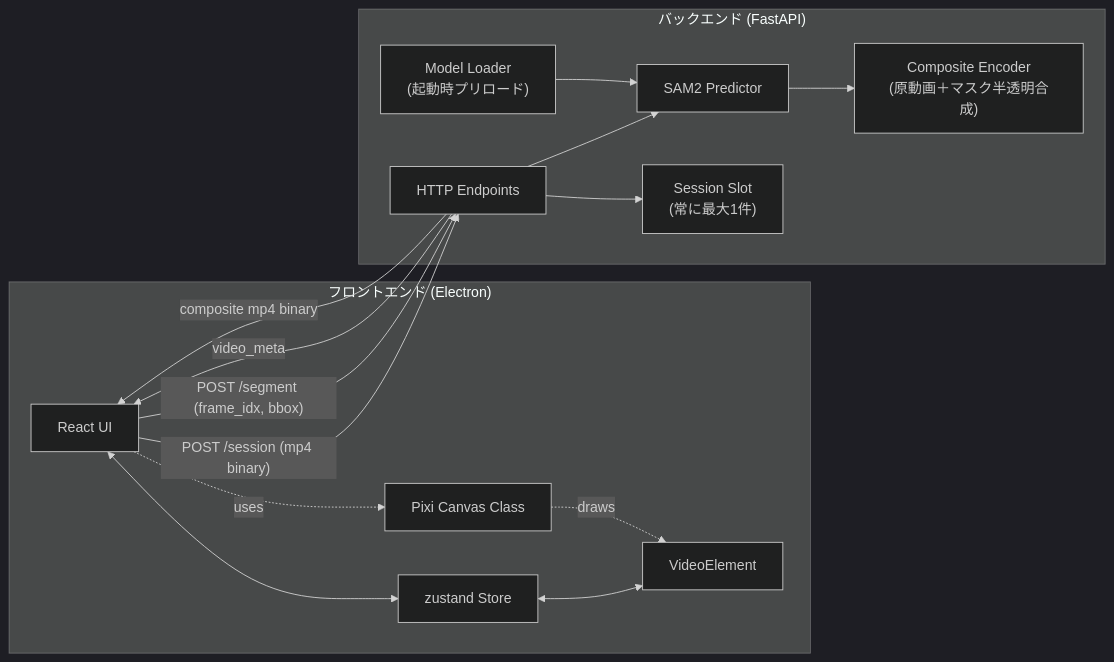
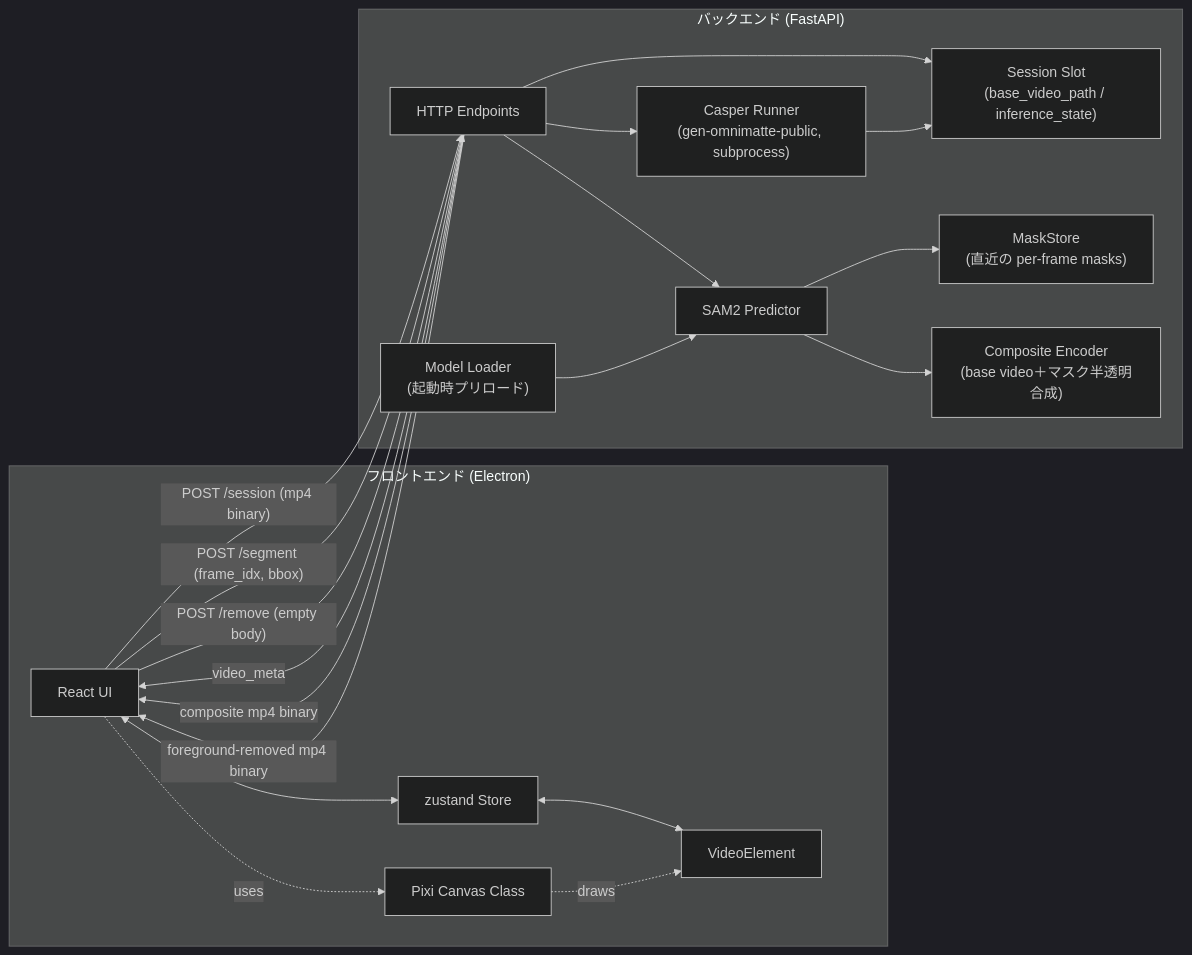
The first of 2 diagrams in docs/spec/02-architecture.md (kanosawa/omnimatte-editor), drawn with Mermaid (dark theme) before and after one commit. The commit also changed other lines of this file and 24 other files, not shown here.

````diff
--- a/docs/spec/02-architecture.md
+++ b/docs/spec/02-architecture.md
@@ -5,30 +5,37 @@
 ```mermaid
 flowchart LR
     subgraph FE["フロントエンド (Electron)"]
         UI[React UI]
         Store[zustand Store]
         VE[VideoElement]
         Canvas[Pixi Canvas Class]
         UI <--> Store
         Store <--> VE
         UI -.uses.-> Canvas
         Canvas -.draws.-> VE
     end
 
     subgraph BE["バックエンド (FastAPI)"]
         API[HTTP Endpoints]
         Loader["Model Loader<br/>(起動時プリロード)"]
         Pred[SAM2 Predictor]
-        Sess["Session Slot<br/>(常に最大1件)"]
-        Enc["Composite Encoder<br/>(原動画＋マスク半透明合成)"]
+        Sess["Session Slot<br/>(base_video_path / inference_state)"]
+        MStore["MaskStore<br/>(直近の per-frame masks)"]
+        Enc["Composite Encoder<br/>(base video＋マスク半透明合成)"]
+        Casper["Casper Runner<br/>(gen-omnimatte-public, subprocess)"]
         API --> Sess
         API --> Pred
         Loader --> Pred
         Pred --> Enc
+        Pred --> MStore
+        API --> Casper
+        Casper --> Sess
     end
 
     UI -- "POST /session (mp4 binary)" --> API
     API -- "video_meta" --> UI
     UI -- "POST /segment (frame_idx, bbox)" --> API
     API -- "composite mp4 binary" --> UI
+    UI -- "POST /remove (empty body)" --> API
+    API -- "foreground-removed mp4 binary" --> UI
 ```
````
